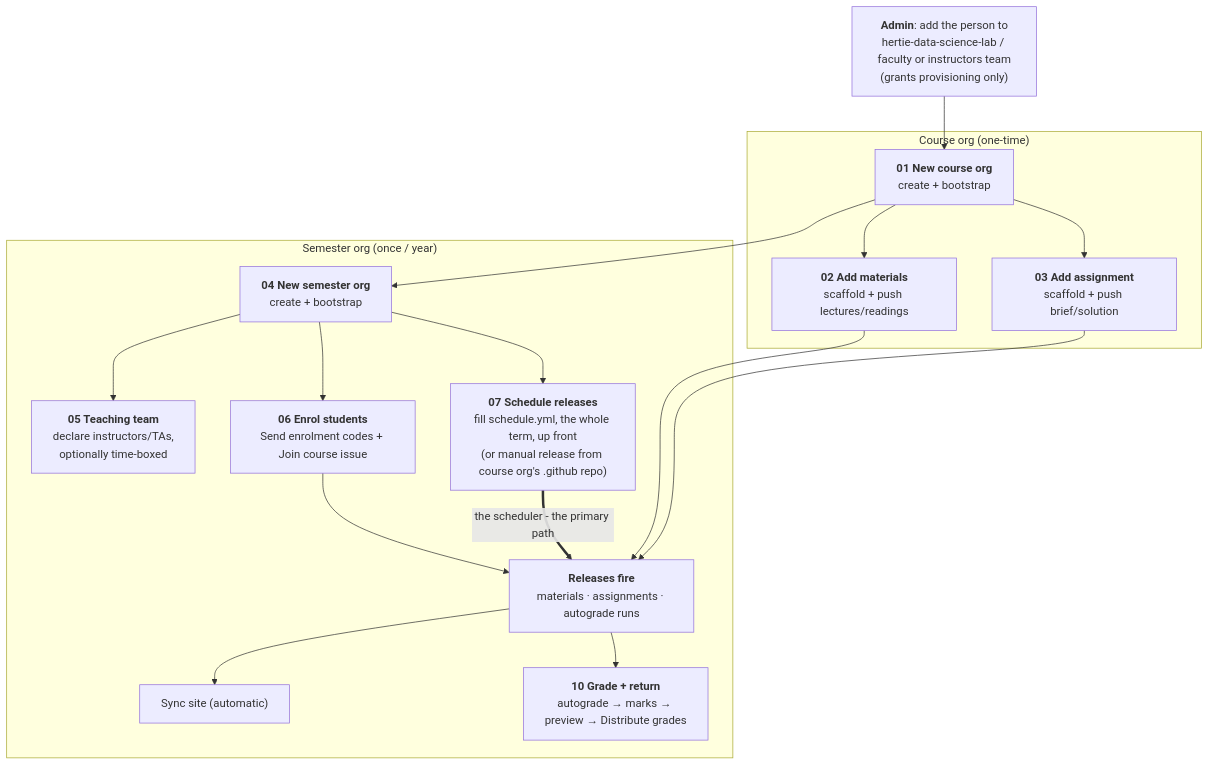
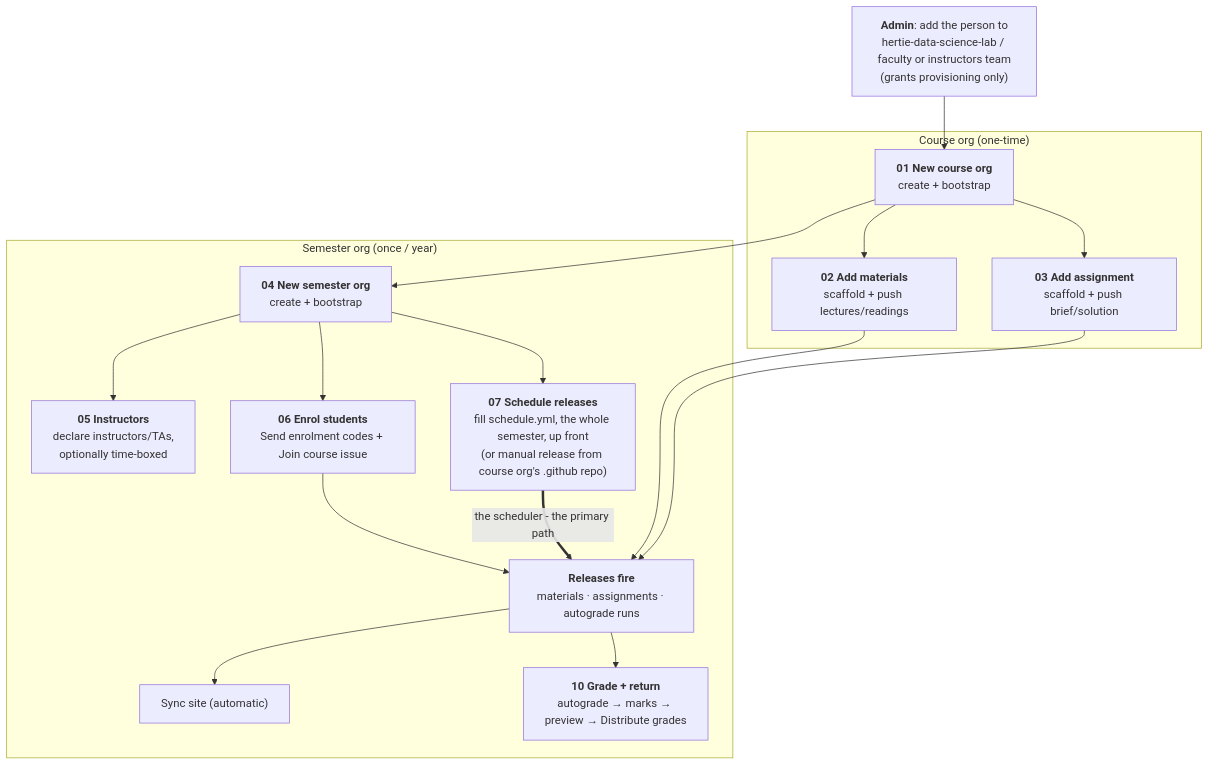
One commit to hertie-data-science-lab/dsl-teaching-toolkit changed the diagram in docs/README.md. Above: the diagram before and after it, drawn with Mermaid. The commit also changed other lines of this file and 23 other files, not shown here.

````diff
--- a/docs/README.md
+++ b/docs/README.md
@@ -17,46 +17,46 @@
 ```mermaid
 flowchart TD
   A["`**Admin**: add the person to
 hertie-data-science-lab / faculty or instructors team
 (grants provisioning only)`"] --> B
 
   subgraph COURSE["Course org (one-time)"]
     B["`**01 New course org**
 create + bootstrap`"]
     C["`**02 Add materials**
 scaffold + push lectures/readings`"]
     D["`**03 Add assignment**
 scaffold + push brief/solution`"]
     B --> C
     B --> D
   end
 
   subgraph SEMESTER["Semester org (once / year)"]
     E["`**04 New semester org**
 create + bootstrap`"]
-    T["`**05 Teaching team**
+    T["`**05 Instructors**
 declare instructors/TAs,
 optionally time-boxed`"]
     F["`**06 Enrol students**
 Send enrolment codes + Join course issue`"]
     S["`**07 Schedule releases**
-fill schedule.yml, the whole term, up front
+fill schedule.yml, the whole semester, up front
 (or manual release from course org's .github repo)`"]
     G["`**Releases fire**
 materials · assignments · autograde runs`"]
     I["Sync site (automatic)"]
     J["`**10 Grade + return**
 autograde → marks → preview → Distribute grades`"]
     E --> T
     E --> F
     E --> S
     F --> G
     S ==>|"the scheduler - the primary path"| G
     G --> I
     G --> J
   end
 
   B --> E
   C --> G
   D --> G
 ```
````
